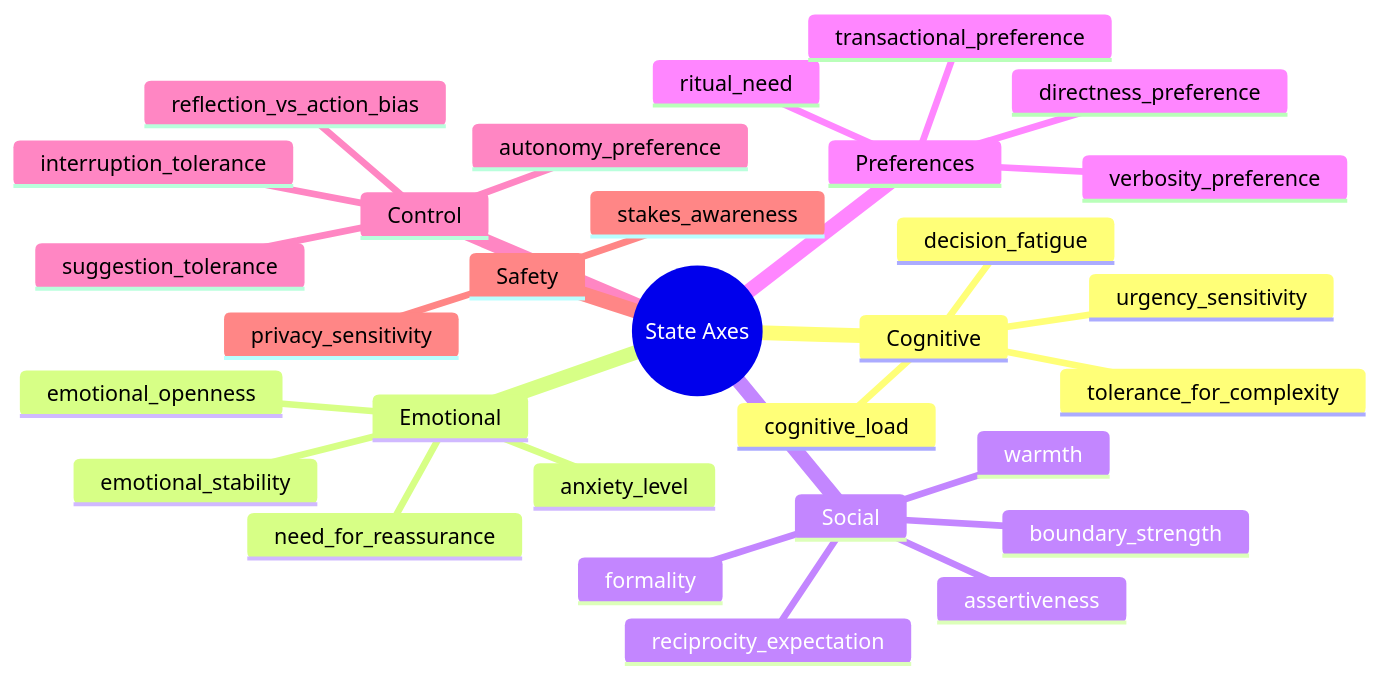
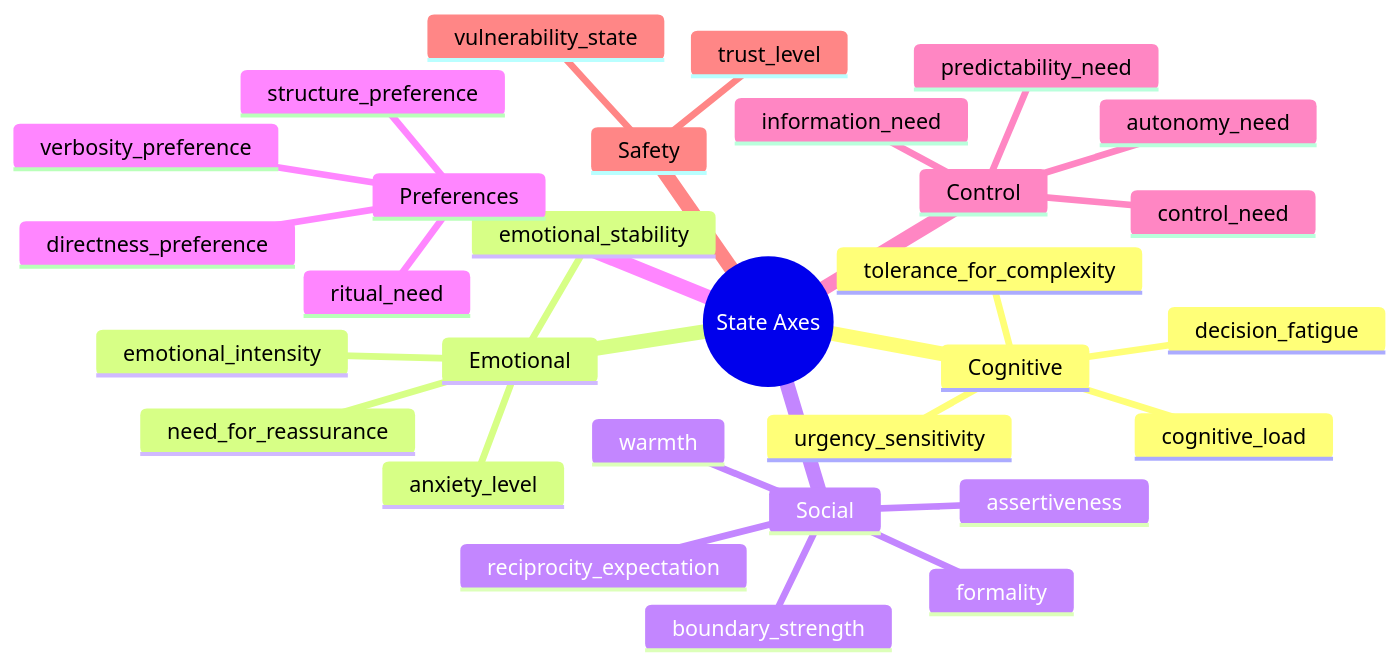
The fourth of 4 diagrams in README.md (JtPerez-Acle/Attuned), drawn with Mermaid before and after one commit. The commit also changed other lines of this file and 33 other files, not shown here.

````diff
--- a/README.md
+++ b/README.md
@@ -351,33 +378,33 @@
 ```mermaid
 mindmap
   root((State Axes))
     Cognitive
       cognitive_load
       decision_fatigue
       tolerance_for_complexity
       urgency_sensitivity
     Emotional
-      emotional_openness
+      emotional_intensity
       emotional_stability
       anxiety_level
       need_for_reassurance
     Social
       warmth
       formality
       boundary_strength
       assertiveness
       reciprocity_expectation
     Preferences
       ritual_need
-      transactional_preference
+      directness_preference
       verbosity_preference
-      directness_preference
+      structure_preference
     Control
-      autonomy_preference
-      suggestion_tolerance
-      interruption_tolerance
-      reflection_vs_action_bias
+      autonomy_need
+      information_need
+      predictability_need
+      control_need
     Safety
-      stakes_awareness
-      privacy_sensitivity
+      vulnerability_state
+      trust_level
 ```
````
